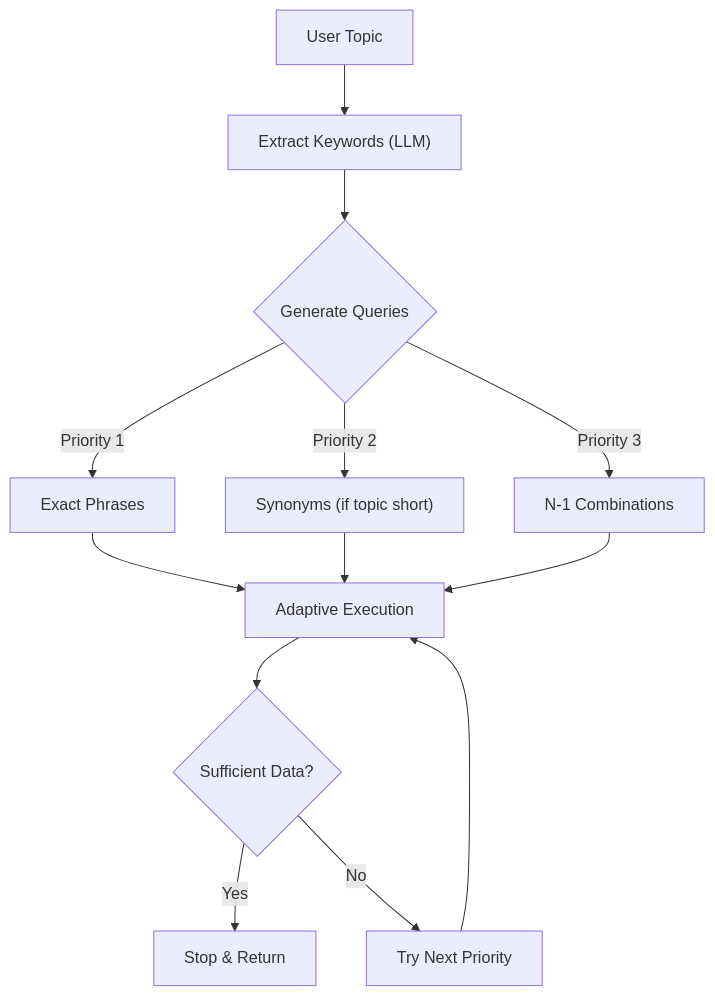
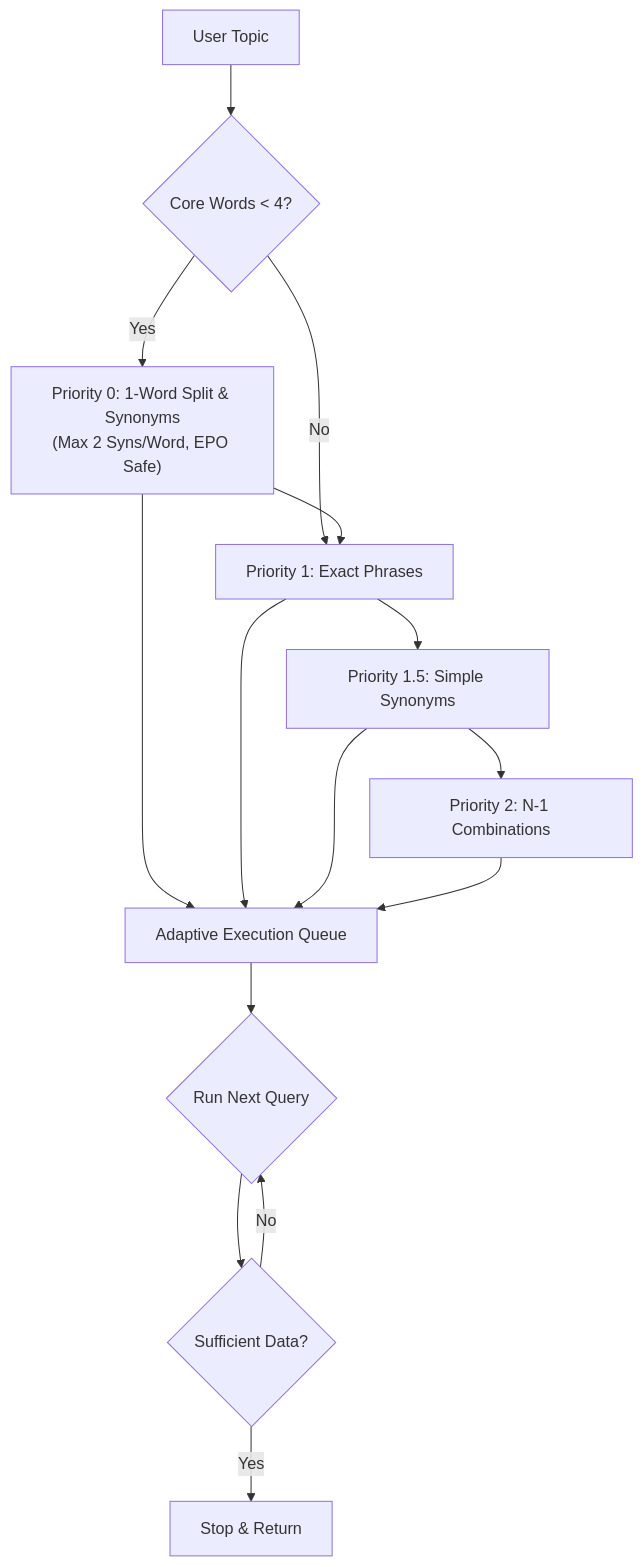
One commit to eastsea17/VirtualTechExperts_RAG_Ollama changed the second of 2 diagrams in README.md. Above: the diagram before and after it, drawn with Mermaid. The commit also changed other lines of this file and 14 other files, not shown here.

````diff
--- a/README.md
+++ b/README.md
@@ -170,16 +171,18 @@
 ```mermaid
 graph TD
-    Start[User Topic] --> Ext["Extract Keywords (LLM)"]
-    Ext --> Gen{Generate Queries}
+    Start[User Topic] --> Check{Core Words < 4?}
     
-    Gen -->|Priority 1| Exact["Exact Phrases"]
-    Gen -->|Priority 2| Syn["Synonyms (if topic short)"]
-    Gen -->|Priority 3| Relax["N-1 Combinations"]
+    Check -->|Yes| P0["Priority 0: 1-Word Split & Synonyms<br/>(Max 2 Syns/Word, EPO Safe)"]
+    Check -->|No| P1["Priority 1: Exact Phrases"]
     
-    Exact & Syn & Relax --> Exec[Adaptive Execution]
+    P0 --> P1
+    P1 --> P1_5["Priority 1.5: Simple Synonyms"]
+    P1_5 --> P2["Priority 2: N-1 Combinations"]
     
-    Exec --> Check{Sufficient Data?}
-    Check -->|Yes| End[Stop & Return]
-    Check -->|No| Next[Try Next Priority]
-    Next --> Exec
+    P0 & P1 & P1_5 & P2 --> Exec[Adaptive Execution Queue]
+    
+    Exec --> Run{Run Next Query}
+    Run --> Eval{Sufficient Data?}
+    Eval -->|Yes| Stop[Stop & Return]
+    Eval -->|No| Run
 ```
````
